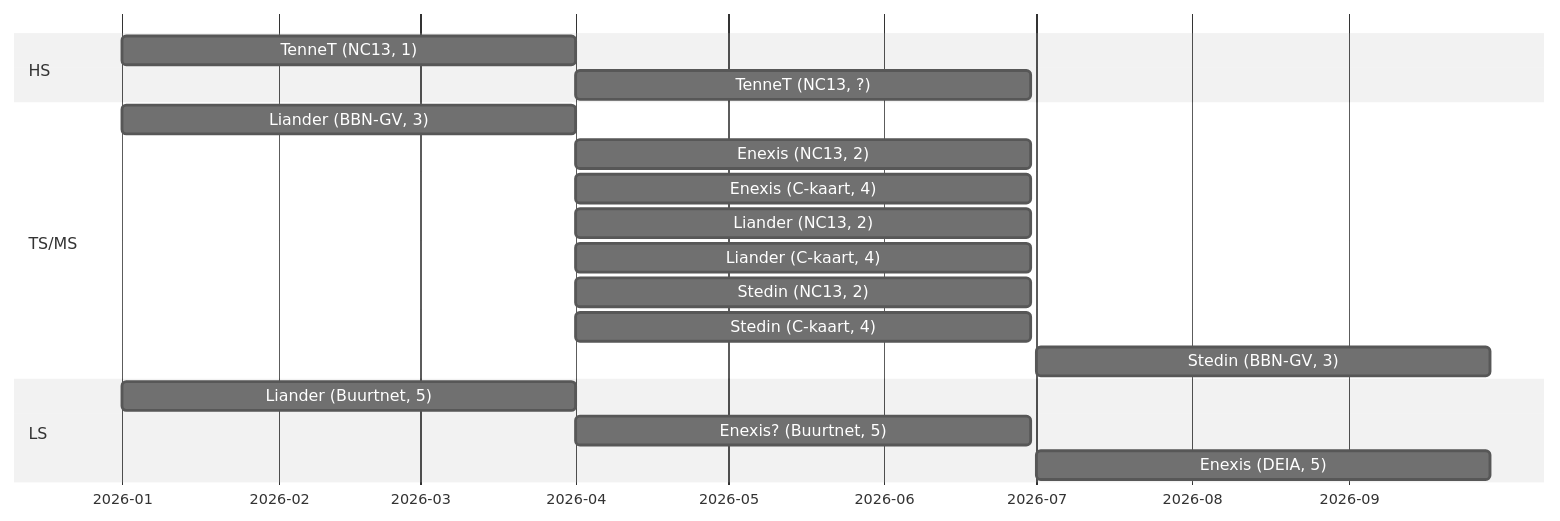
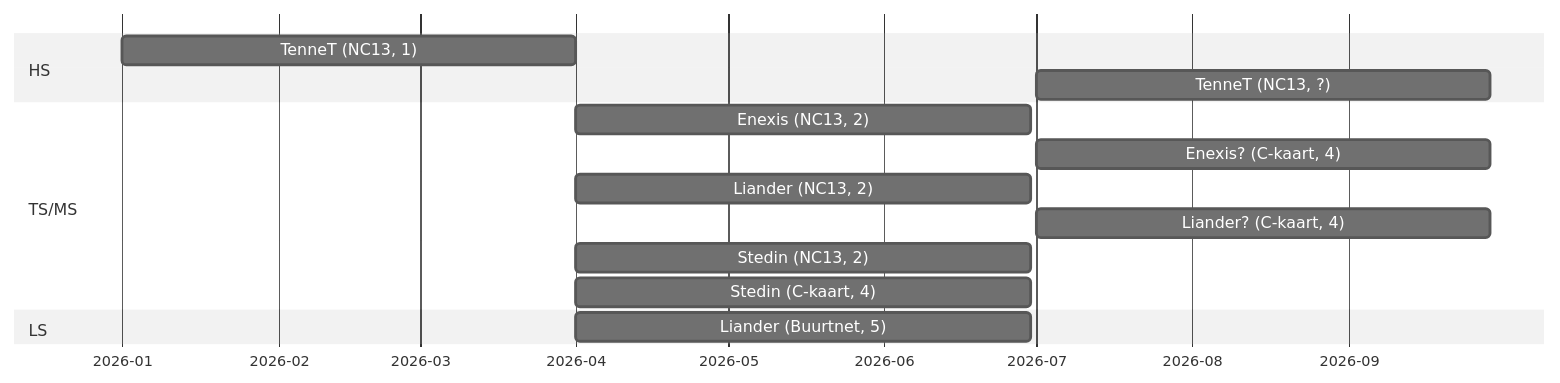
The second of 6 diagrams in src/profile-group-20250113/index.adoc (Netbeheer-Nederland/presentations), drawn with Mermaid before and after one commit. The commit also changed other lines of this file, not shown here.

```diff
--- a/src/profile-group-20250113/index.adoc
+++ b/src/profile-group-20250113/index.adoc
@@ -186,26 +186,22 @@
 [mermaid]
 ----
 %%{init: {"theme":"neutral"}}%%
 gantt
     dateFormat  YYYY-MM-DD
     axisFormat  %Y-%m
 
     section HS
     TenneT (NC13, 1) :2026-01-01, 90d
-    TenneT (NC13, ?) :2026-04-01, 90d
+    TenneT (NC13, ?) :2026-07-01, 90d
 
     section TS/MS
-    Liander (BBN-GV, 3) :2026-01-01, 90d
     Enexis (NC13, 2) :2026-04-01, 90d
-    Enexis (C-kaart, 4) :2026-04-01, 90d
+    Enexis? (C-kaart, 4) :2026-07-01, 90d
     Liander (NC13, 2) :2026-04-01, 90d
-    Liander (C-kaart, 4) :2026-04-01, 90d
+    Liander? (C-kaart, 4) :2026-07-01, 90d
     Stedin (NC13, 2) :2026-04-01, 90d
     Stedin (C-kaart, 4) :2026-04-01, 90d
-    Stedin (BBN-GV, 3) :2026-07-01, 90d
 
     section LS
-    Liander (Buurtnet, 5) :2026-01-01, 90d
-    Enexis? (Buurtnet, 5) :2026-04-01, 90d
-    Enexis (DEIA, 5) :2026-07-01, 90d
+    Liander (Buurtnet, 5) :2026-04-01, 90d
 ----
```
